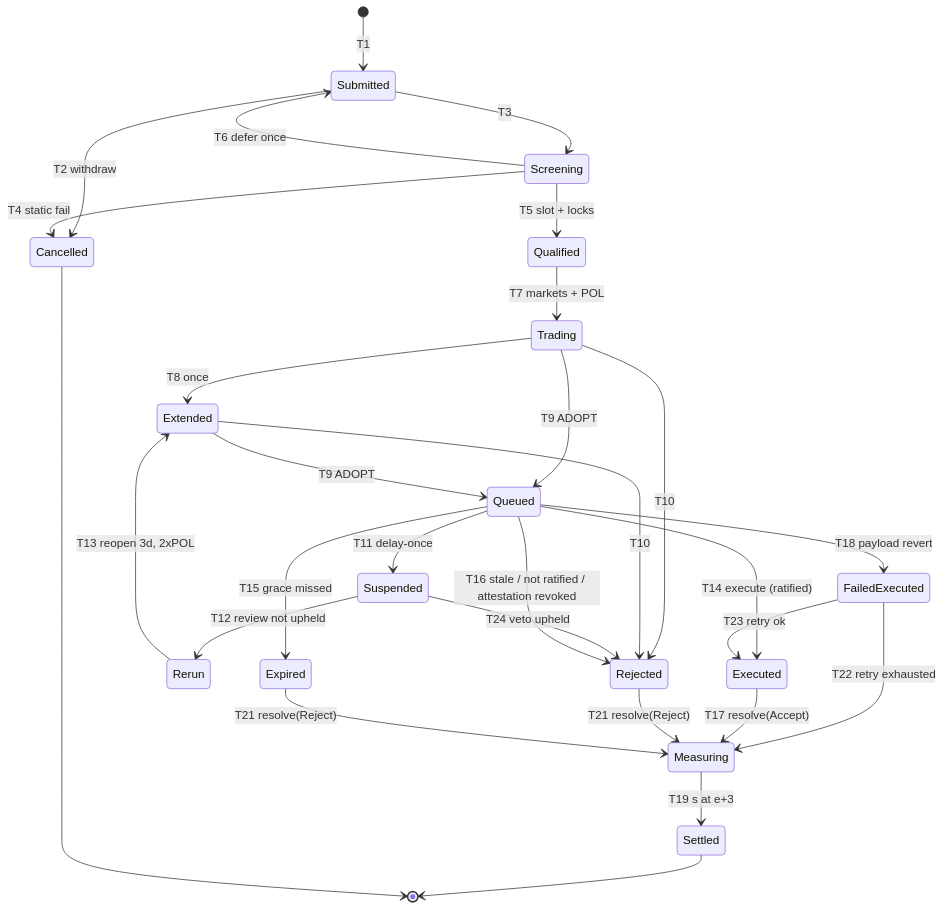
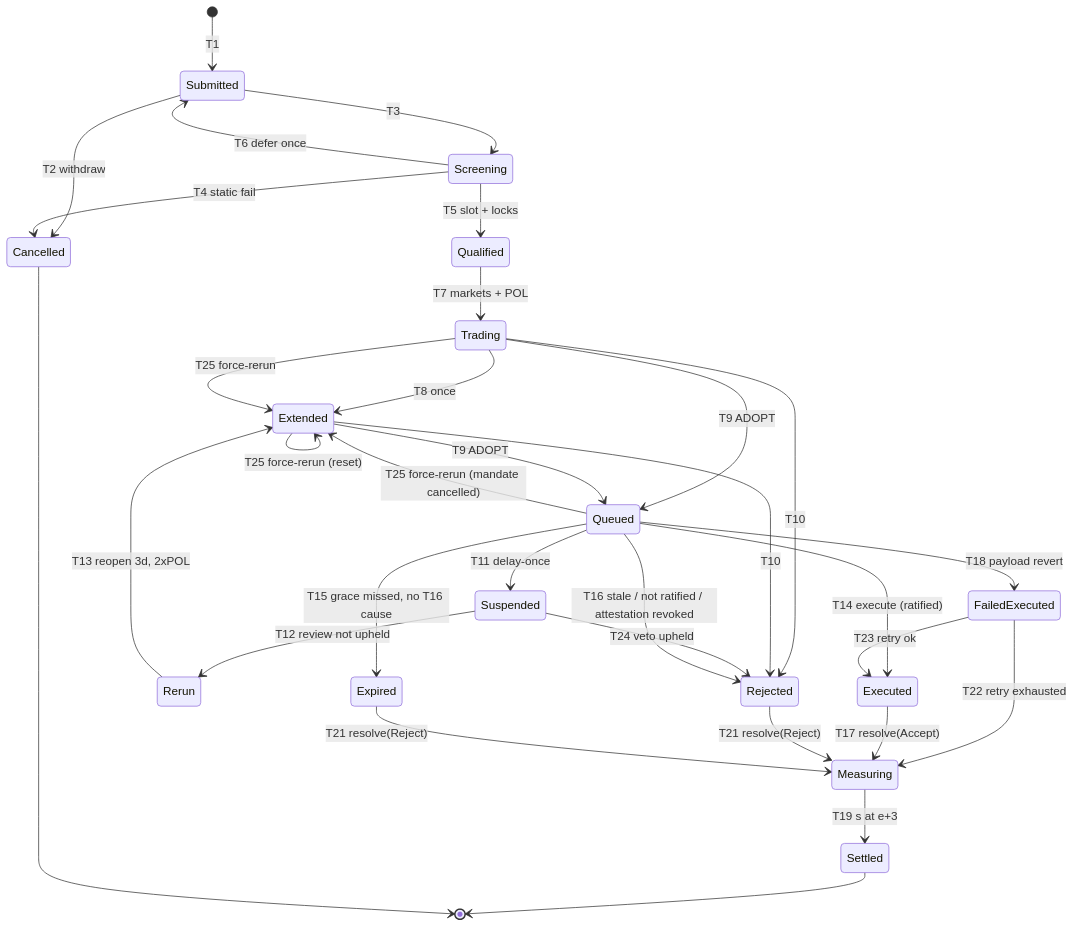
The diagram in docs/architecture/05-welfare-and-decision-engine.md (Chralt98/Bliwit), drawn with Mermaid before and after one commit. The commit also changed other lines of this file and 13 other files, not shown here.

````diff
--- a/docs/architecture/05-welfare-and-decision-engine.md
+++ b/docs/architecture/05-welfare-and-decision-engine.md
@@ -175,31 +180,34 @@
 ```mermaid
 stateDiagram-v2
     [*] --> Submitted: T1
     Submitted --> Cancelled: T2 withdraw
     Submitted --> Screening: T3
     Screening --> Cancelled: T4 static fail
     Screening --> Submitted: T6 defer once
     Screening --> Qualified: T5 slot + locks
     Qualified --> Trading: T7 markets + POL
     Trading --> Extended: T8 once
     Trading --> Queued: T9 ADOPT
     Extended --> Queued: T9 ADOPT
     Trading --> Rejected: T10
     Extended --> Rejected: T10
     Queued --> Suspended: T11 delay-once
     Suspended --> Rerun: T12 review not upheld
     Suspended --> Rejected: T24 veto upheld
     Rerun --> Extended: T13 reopen 3d, 2xPOL
+    Trading --> Extended: T25 force-rerun
+    Extended --> Extended: T25 force-rerun (reset)
+    Queued --> Extended: T25 force-rerun (mandate cancelled)
     Queued --> Executed: T14 execute (ratified)
-    Queued --> Expired: T15 grace missed
+    Queued --> Expired: T15 grace missed, no T16 cause
     Queued --> Rejected: T16 stale / not ratified / attestation revoked
     Queued --> FailedExecuted: T18 payload revert
     FailedExecuted --> Executed: T23 retry ok
     FailedExecuted --> Measuring: T22 retry exhausted
     Executed --> Measuring: T17 resolve(Accept)
     Rejected --> Measuring: T21 resolve(Reject)
     Expired --> Measuring: T21 resolve(Reject)
     Measuring --> Settled: T19 s at e+3
     Settled --> [*]
     Cancelled --> [*]
 ```
````
